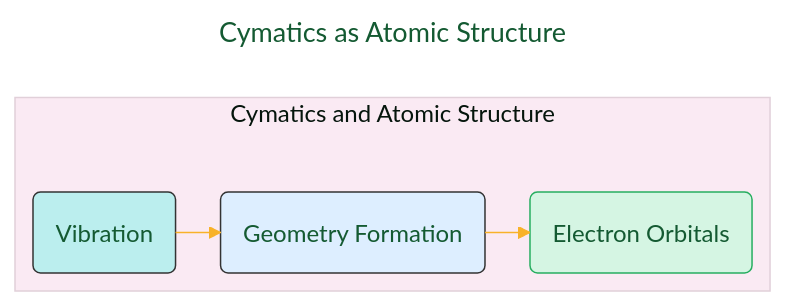
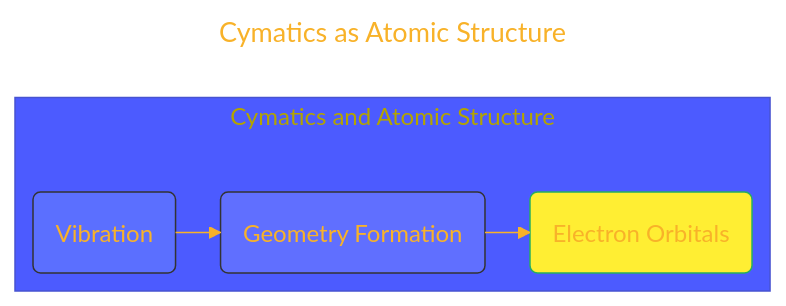
One commit to CongLeSolutionX/Harmonic_Atomica changed the eighth of 10 diagrams in Quantum_Harmonic_Atomic_Model/Quantum_Harmonic_Atomic_Model_Draft_6.md. Above: the diagram before and after it, drawn with Mermaid. The commit also changed other lines of this file and 1 other file, not shown here.

````diff
--- a/Quantum_Harmonic_Atomic_Model/Quantum_Harmonic_Atomic_Model_Draft_6.md
+++ b/Quantum_Harmonic_Atomic_Model/Quantum_Harmonic_Atomic_Model_Draft_6.md
@@ -364,39 +364,39 @@
 ```mermaid
 ---
 title: "Cymatics as Atomic Structure"
 author: "Cong Le"
 version: "1.0"
 license(s): "MIT, CC BY 4.0"
 copyright: "Copyright (c) 2025 Cong Le. All Rights Reserved."
 config:
   layout: elk
   theme: base
 ---
 %%%%%%%% Mermaid version v11.4.1-b.14
 %%%%%%%% Available curve styles include the following keywords:
 %% basis, bumpX, bumpY, cardinal, catmullRom, linear, monotoneX, monotoneY, natural, step, stepAfter, stepBefore.
 %%{
   init: {
-    'flowchart': { 'htmlLabels': false, 'curve': 'linear' },
+    'flowchart': { 'htmlLabels': true, 'curve': 'linear' },
     'fontFamily': 'Monaco',
     'themeVariables': {
-      'primaryColor': '#D5F5E3',
-      'primaryTextColor': '#145A32',
+      'primaryColor': '#FE3',
+      'primaryTextColor': '#F8B229',
       'lineColor': '#F8B229',
       'primaryBorderColor': '#27AE60',
       'secondaryColor': '#EBDEF0',
       'secondaryTextColor': '#6C3483',
       'secondaryBorderColor': '#A569BD'
     }
   }
 }%%
-graph LR
+flowchart LR
 	subgraph Cymatics["Cymatics and Atomic Structure"]
 		A("Vibration") --> B("Geometry Formation")
 		B --> C("Electron Orbitals")
 	end
 	
-	style A fill:#beef,stroke:#333,stroke-width:1px
-	style B fill:#def,stroke:#333,stroke-width:1px
+	style A fill:#bef2,stroke:#333,stroke-width:1px
+	style B fill:#def2,stroke:#333,stroke-width:1px
 	
 ```
````
